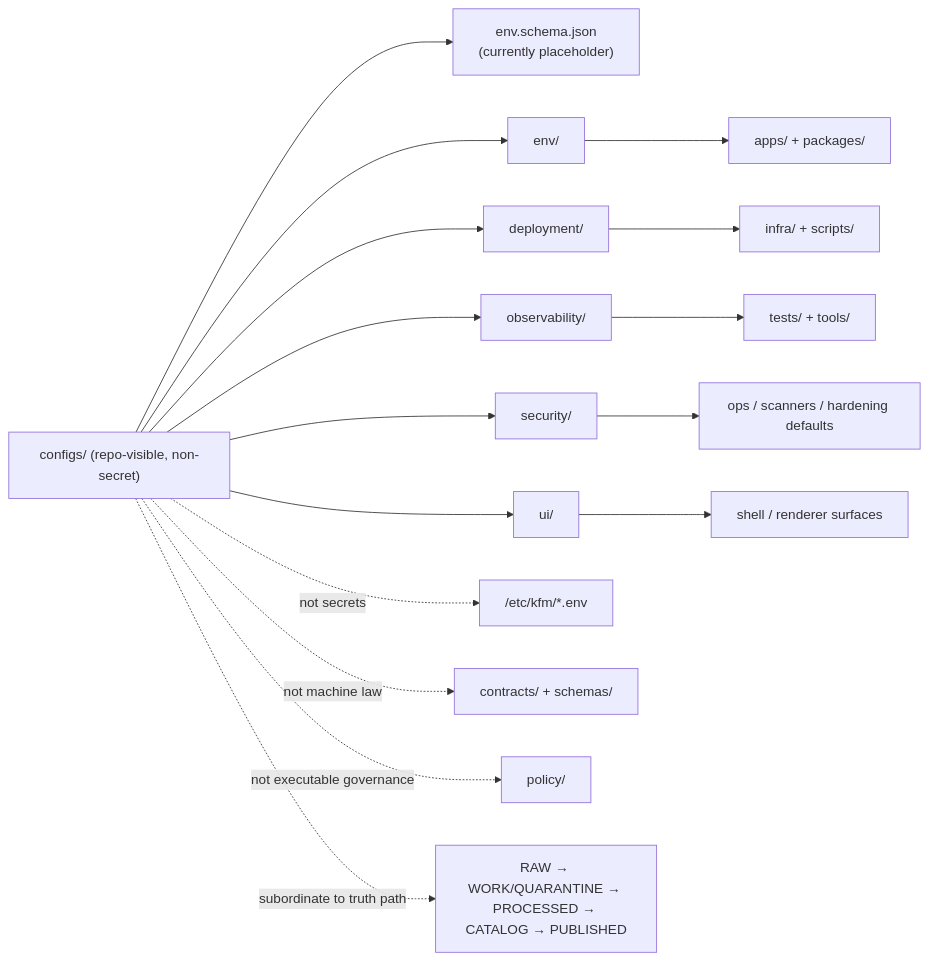
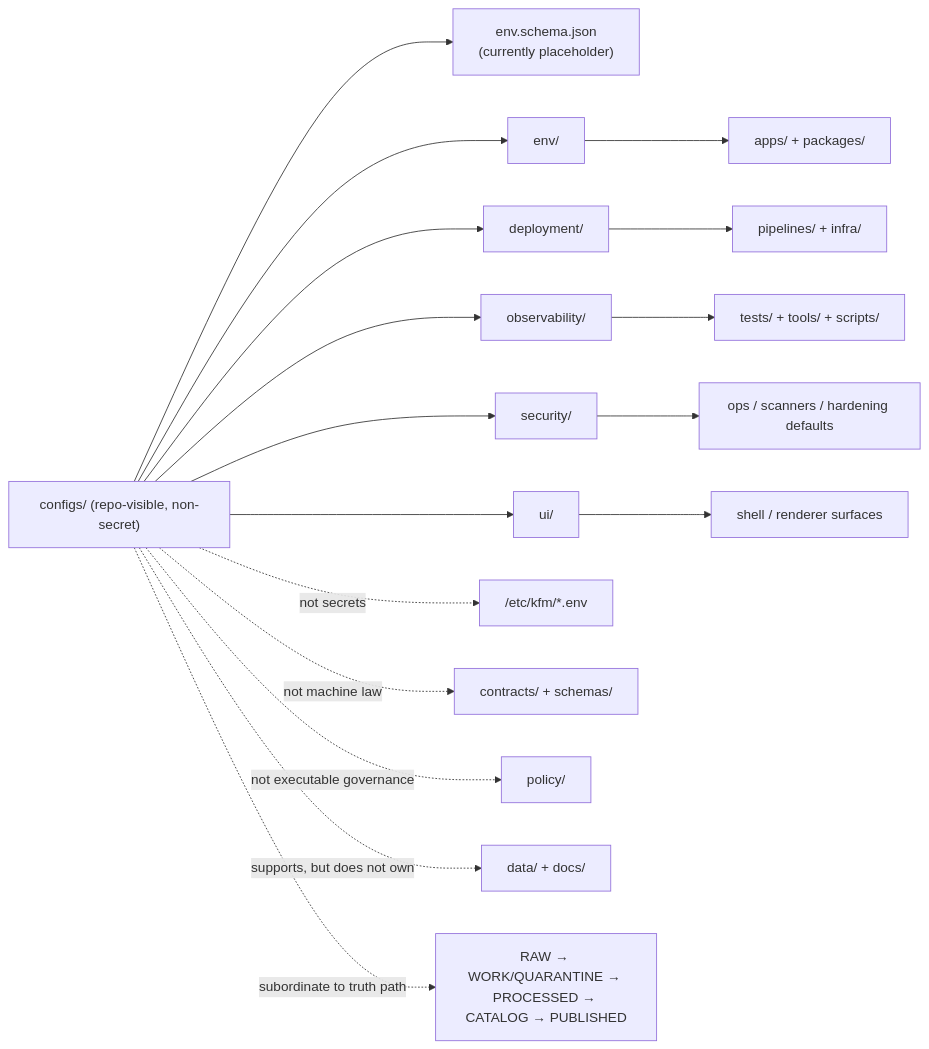
One commit to bartytime4life/Kansas-Frontier-Matrix changed the diagram in configs/README.md. Above: the diagram before and after it, drawn with Mermaid. The commit also changed other lines of this file, not shown here.

````diff
--- a/configs/README.md
+++ b/configs/README.md
@@ -221,22 +241,23 @@
 ```mermaid
 flowchart LR
     C["configs/ (repo-visible, non-secret)"]
 
     C --> ES["env.schema.json\n(currently placeholder)"]
     C --> E["env/"]
     C --> D["deployment/"]
     C --> O["observability/"]
     C --> S["security/"]
     C --> U["ui/"]
 
     E --> AP["apps/ + packages/"]
-    D --> INF["infra/ + scripts/"]
-    O --> T["tests/ + tools/"]
+    D --> PX["pipelines/ + infra/"]
+    O --> TV["tests/ + tools/ + scripts/"]
     U --> SHELL["shell / renderer surfaces"]
     S --> OPS["ops / scanners / hardening defaults"]
 
     C -. "not secrets" .-> HOST["/etc/kfm/*.env"]
     C -. "not machine law" .-> LAW["contracts/ + schemas/"]
     C -. "not executable governance" .-> POLICY["policy/"]
+    C -. "supports, but does not own" .-> DD["data/ + docs/"]
     C -. "subordinate to truth path" .-> FLOW["RAW → WORK/QUARANTINE → PROCESSED → CATALOG → PUBLISHED"]
 ```
````
